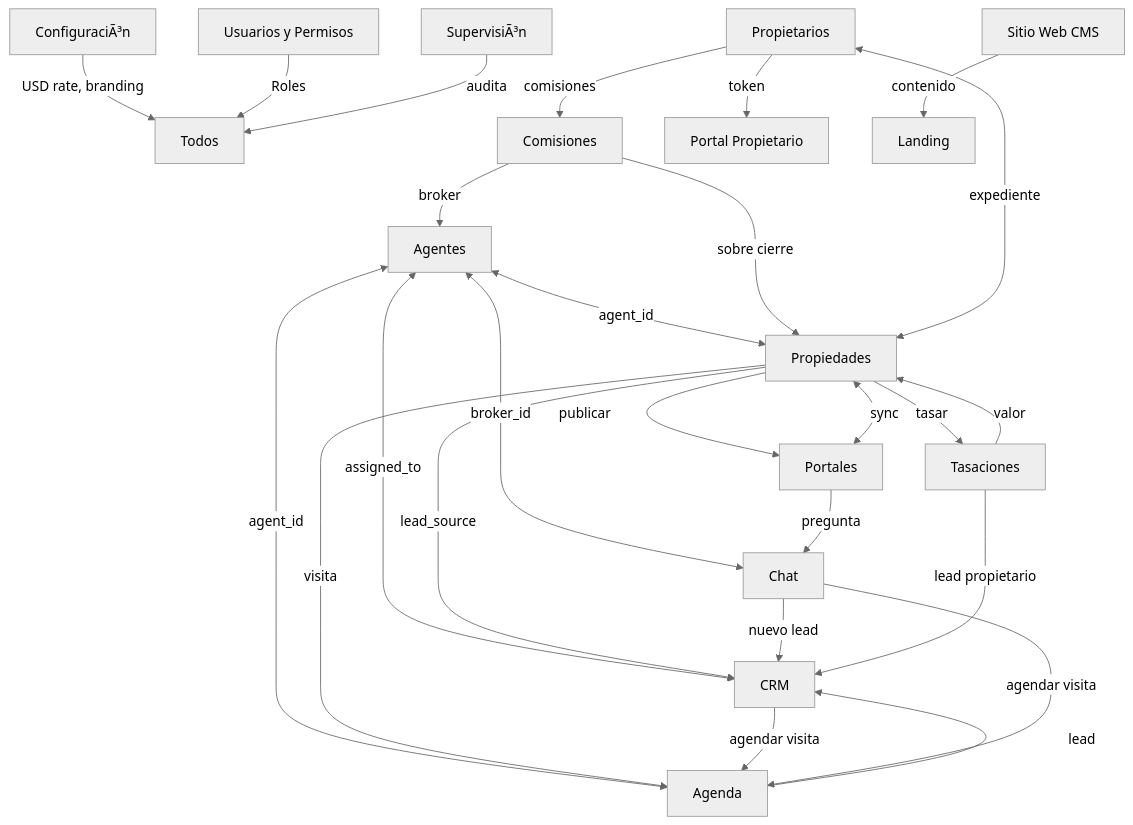
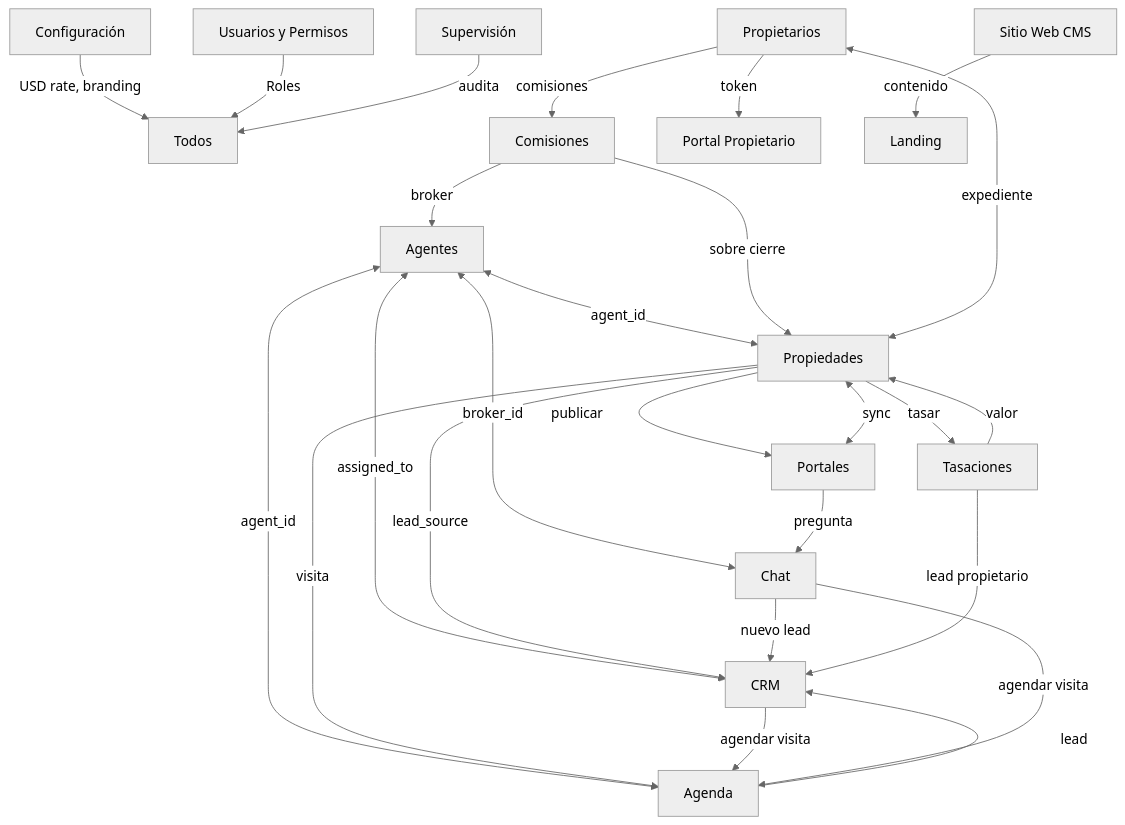
Before and after one commit to facuherrera23/BH-OFICIAL: the second of 4 diagrams in README.md, drawn with Mermaid (neutral theme). The commit also changed other lines of this file, not shown here.

````diff
--- a/README.md
+++ b/README.md
@@ -202,31 +199,31 @@
 ```mermaid
 graph TD
-    Config[ConfiguraciÃ³n] -->|USD rate, branding| Todos
+    Config[Configuración] -->|USD rate, branding| Todos
     Usuarios[Usuarios y Permisos] -->|Roles| Todos
     Agentes <-->|agent_id| Propiedades
     Agentes <-->|assigned_to| CRM
     Agentes <-->|agent_id| Agenda
     Agentes <-->|broker_id| Chat
 
     Propiedades -->|lead_source| CRM
     Propiedades -->|visita| Agenda
     Propiedades -->|publicar| Portales
     Propiedades -->|tasar| Tasaciones
 
     CRM -->|agendar visita| Agenda
     Agenda -->|lead| CRM
     Portales <-->|sync| Propiedades
     Portales -->|pregunta| Chat
     Chat -->|nuevo lead| CRM
     Chat -->|agendar visita| Agenda
 
     Tasaciones -->|valor| Propiedades
     Tasaciones -->|lead propietario| CRM
     Comisiones -->|sobre cierre| Propiedades
     Comisiones -->|broker| Agentes
     Propietarios <-->|expediente| Propiedades
     Propietarios -->|token| PortalPropietario[Portal Propietario]
     Propietarios -->|comisiones| Comisiones
     CMS[Sitio Web CMS] -->|contenido| Landing
-    Supervision[SupervisiÃ³n] -->|audita| Todos
+    Supervision[Supervisión] -->|audita| Todos
 ```
````
